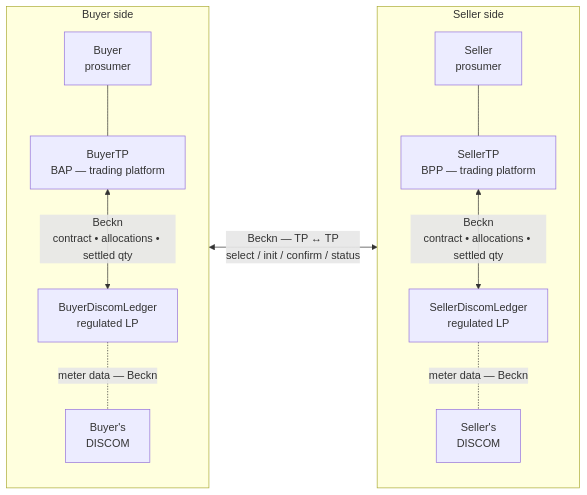
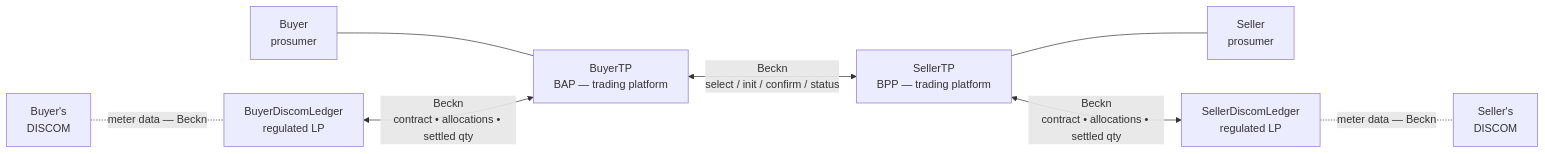
The first of 2 diagrams in use-cases/p2p-energy-trading/README.md (India-Energy-Stack/ies-accelerator), drawn with Mermaid before and after one commit. The commit also changed other lines of this file, not shown here.

Commit message:
docs(p2p): direct BuyerTP-SellerTP edge in the block diagram
Switch the two-column subgraph layout to a horizontal mirror so the
select / init / confirm / status arrow connects the TP nodes directly:
DISCOM - LP - TP on the left, mirrored on the right, prosumers above
their TPs. (A node-to-node edge across subgraphs makes mermaid drop the
per-subgraph direction, so the subgraph variant could only link the two
sides as boxes.)

````diff
--- a/use-cases/p2p-energy-trading/README.md
+++ b/use-cases/p2p-energy-trading/README.md
@@ -111,16 +111,10 @@
 ```mermaid
 flowchart LR
-  subgraph BS["Buyer side"]
-    direction TB
-    Buyer["Buyer<br/>prosumer"] --- BuyerTP["BuyerTP<br/>BAP — trading platform"]
-    BuyerTP <-- "Beckn<br/>contract • allocations • settled qty" --> BuyerDL["BuyerDiscomLedger<br/>regulated LP"]
-    BuyerDL -. "meter data — Beckn" .- BuyerDiscom["Buyer's<br/>DISCOM"]
-  end
-  subgraph SS["Seller side"]
-    direction TB
-    Seller["Seller<br/>prosumer"] --- SellerTP["SellerTP<br/>BPP — trading platform"]
-    SellerTP <-- "Beckn<br/>contract • allocations • settled qty" --> SellerDL["SellerDiscomLedger<br/>regulated LP"]
-    SellerDL -. "meter data — Beckn" .- SellerDiscom["Seller's<br/>DISCOM"]
-  end
-  BS <-- "Beckn — TP ↔ TP<br/>select / init / confirm / status" --> SS
+  BuyerDiscom["Buyer's<br/>DISCOM"] -. "meter data — Beckn" .- BuyerDL["BuyerDiscomLedger<br/>regulated LP"]
+  Buyer["Buyer<br/>prosumer"] --- BuyerTP["BuyerTP<br/>BAP — trading platform"]
+  BuyerDL <-- "Beckn<br/>contract • allocations • settled qty" --> BuyerTP
+  BuyerTP <-- "Beckn<br/>select / init / confirm / status" --> SellerTP["SellerTP<br/>BPP — trading platform"]
+  SellerTP --- Seller["Seller<br/>prosumer"]
+  SellerTP <-- "Beckn<br/>contract • allocations • settled qty" --> SellerDL["SellerDiscomLedger<br/>regulated LP"]
+  SellerDL -. "meter data — Beckn" .- SellerDiscom["Seller's<br/>DISCOM"]
 ```
````
